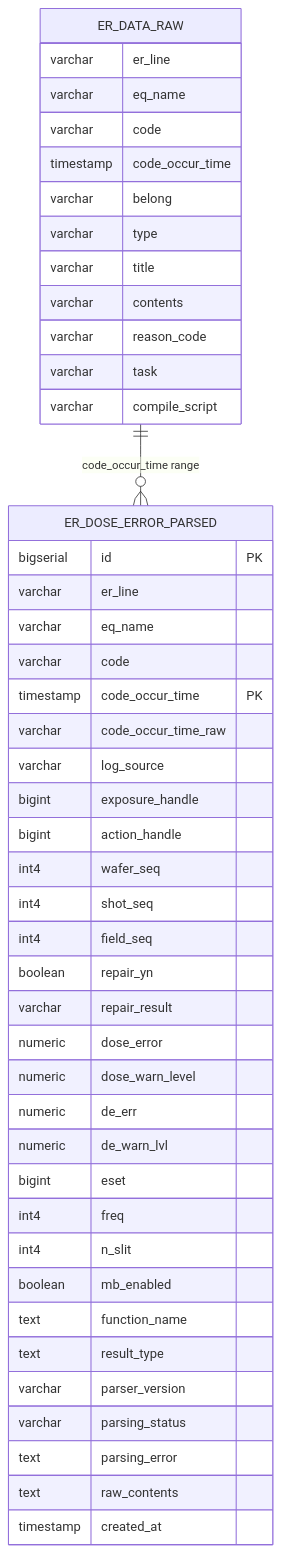
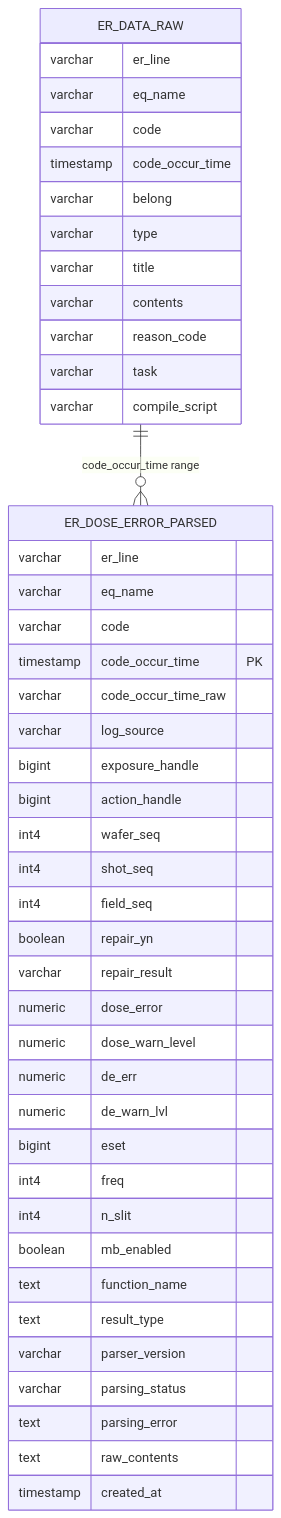
One commit to junho0831/PythonStudy changed the diagram in ER_DOSE_ERROR.md. Above: the diagram before and after it, drawn with Mermaid. The commit also changed other lines of this file and 5 other files, not shown here.

Commit message:
Align ER dose schema with documented flow

````diff
--- a/ER_DOSE_ERROR.md
+++ b/ER_DOSE_ERROR.md
@@ -16,50 +16,49 @@
 ```mermaid
 erDiagram
     ER_DATA_RAW ||--o{ ER_DOSE_ERROR_PARSED : "code_occur_time range"
 
     ER_DATA_RAW {
         varchar er_line
         varchar eq_name
         varchar code
         timestamp code_occur_time
         varchar belong
         varchar type
         varchar title
         varchar contents
         varchar reason_code
         varchar task
         varchar compile_script
     }
 
     ER_DOSE_ERROR_PARSED {
-        bigserial id PK
         varchar er_line
         varchar eq_name
         varchar code
         timestamp code_occur_time PK
         varchar code_occur_time_raw
         varchar log_source
         bigint exposure_handle
         bigint action_handle
         int4 wafer_seq
         int4 shot_seq
         int4 field_seq
         boolean repair_yn
         varchar repair_result
         numeric dose_error
         numeric dose_warn_level
         numeric de_err
         numeric de_warn_lvl
         bigint eset
         int4 freq
         int4 n_slit
         boolean mb_enabled
         text function_name
         text result_type
         varchar parser_version
         varchar parsing_status
         text parsing_error
         text raw_contents
         timestamp created_at
     }
 ```
````
